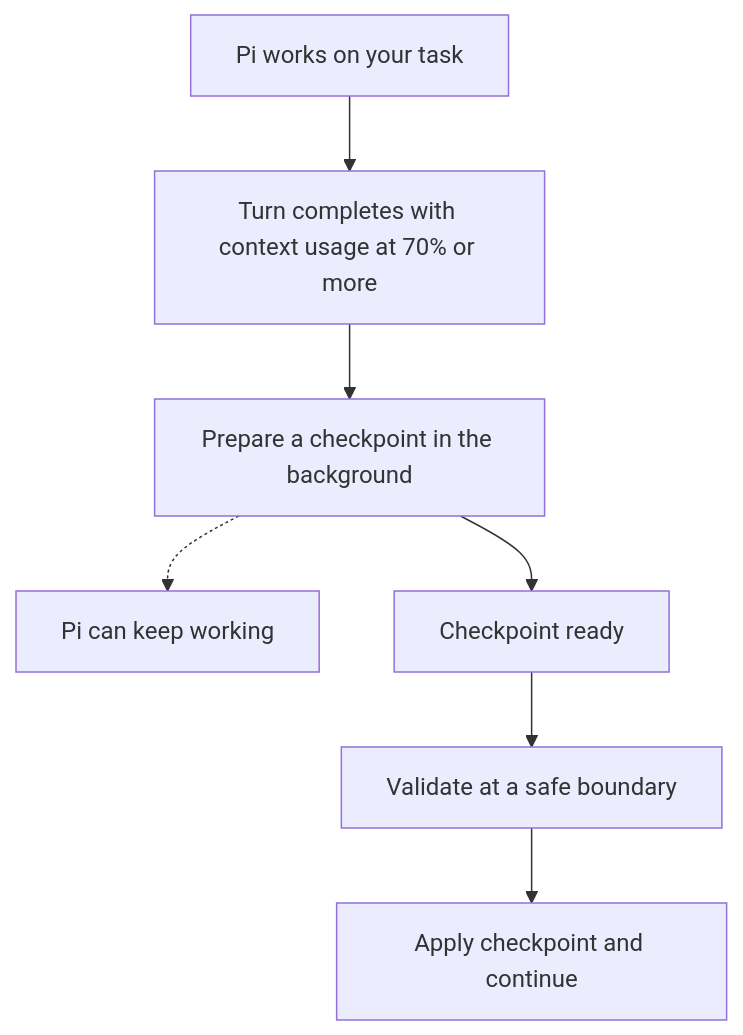
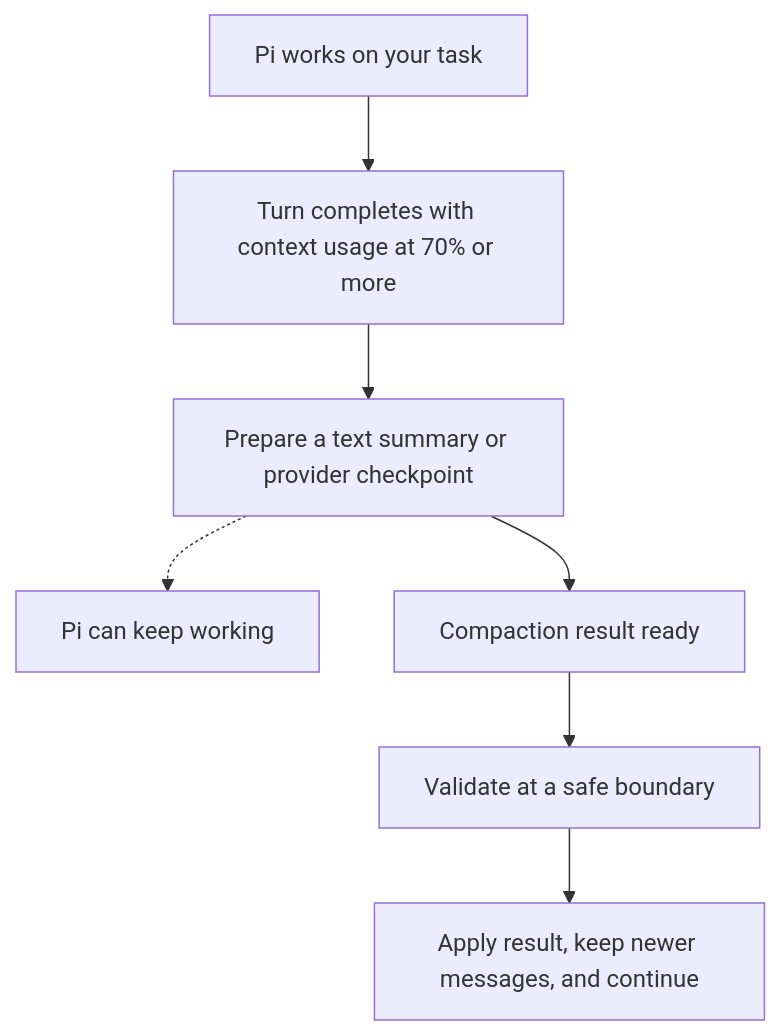
One commit to AHGGG/pi-background-compaction changed the diagram in README.md. Above: the diagram before and after it, drawn with Mermaid. The commit also changed other lines of this file and 10 other files, not shown here.

Commit message:
feat: support text summary preparation with existing auto-apply

````diff
--- a/README.md
+++ b/README.md
@@ -43,9 +56,9 @@
 ```mermaid
 flowchart TD
     A[Pi works on your task] --> B[Turn completes with context usage at 70% or more]
-    B --> C[Prepare a checkpoint in the background]
+    B --> C[Prepare a text summary or provider checkpoint]
     C -.-> D[Pi can keep working]
-    C --> E[Checkpoint ready]
+    C --> E[Compaction result ready]
     E --> F[Validate at a safe boundary]
-    F --> G[Apply checkpoint and continue]
+    F --> G[Apply result, keep newer messages, and continue]
 ```
````
